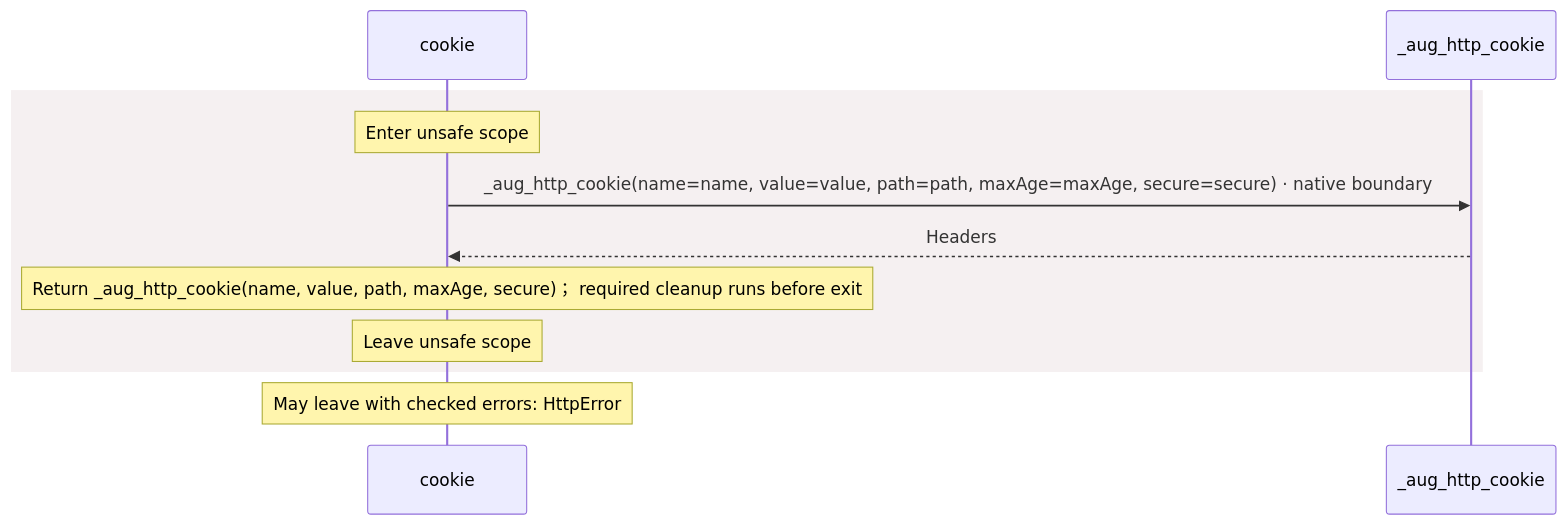
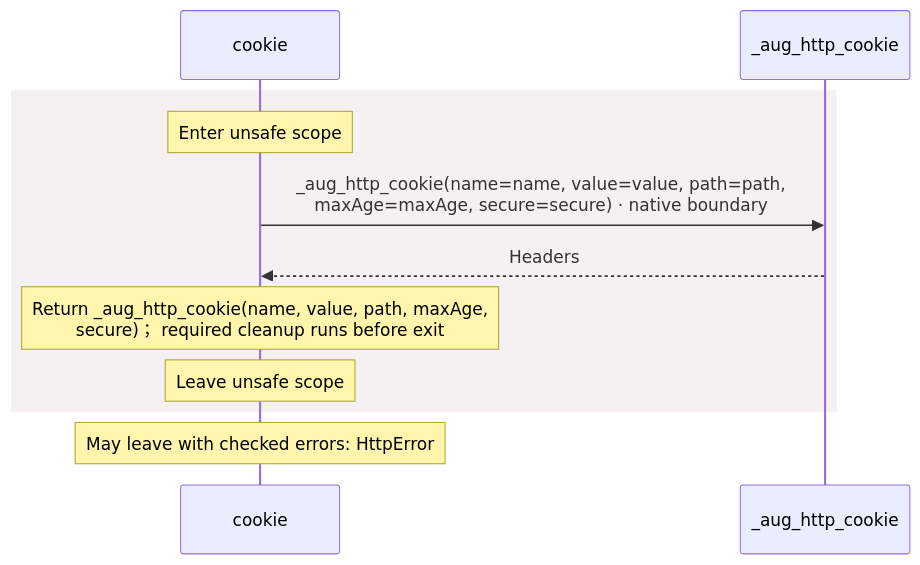
The seventh of 7 diagrams in docs/examples/oidc-login/dependencies/packages/@git/url_897efafd565158fc4908/0.0.0-git.a39fc582565d4fca40be4f75fa304d71adc69301/contracts-diagrams.md (GreenPandaStudios/augscript), drawn with Mermaid before and after one commit. The commit also changed other lines of this file and 200 other files, not shown here.

Commit message:
Group imported operations and wrap readable sequence messages

````diff
--- a/docs/examples/oidc-login/dependencies/packages/@git/url_897efafd565158fc4908/0.0.0-git.a39fc582565d4fca40be4f75fa304d71adc69301/contracts-diagrams.md
+++ b/docs/examples/oidc-login/dependencies/packages/@git/url_897efafd565158fc4908/0.0.0-git.a39fc582565d4fca40be4f75fa304d71adc69301/contracts-diagrams.md
@@ -233,13 +233,13 @@
 ```mermaid
 sequenceDiagram
     participant p0 as cookie
     participant p1 as _aug_http_cookie
     rect rgb(245, 240, 241)
     Note over p0: Enter unsafe scope
-    p0->>p1: _aug_http_cookie(name=name, value=value, path=path, maxAge=maxAge, secure=secure) · native boundary
+    p0->>p1: _aug_http_cookie(name=name, value=value, path=path,<br/>maxAge=maxAge, secure=secure) · native boundary
     p1-->>p0: Headers
-    Note over p0: Return _aug_http_cookie(name, value, path, maxAge, secure)； required cleanup runs before exit
+    Note over p0: Return _aug_http_cookie(name, value, path, maxAge,<br/>secure)； required cleanup runs before exit
     Note over p0: Leave unsafe scope
     end
     Note over p0: May leave with checked errors: HttpError
 ```
````
